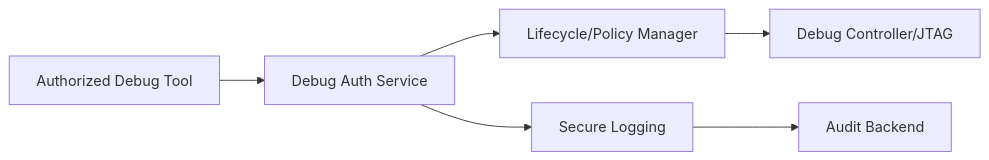
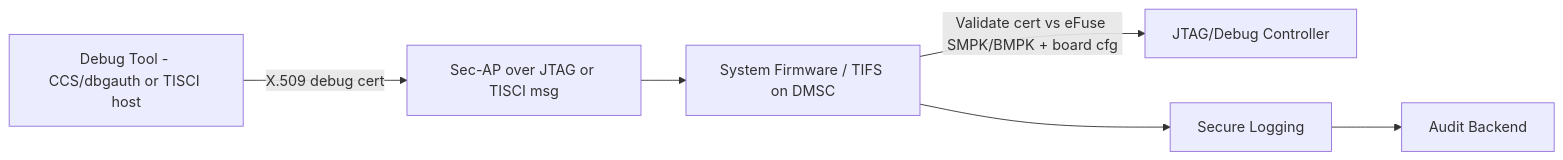
The first of 3 diagrams in TDA4VM_Secure_JTAG_Requirements.md (vinodneelakantam/Sec_Concepts_Req_tracability), drawn with Mermaid before and after one commit. The commit also changed other lines of this file and 7 other files, not shown here.

````diff
--- a/TDA4VM_Secure_JTAG_Requirements.md
+++ b/TDA4VM_Secure_JTAG_Requirements.md
@@ -18,8 +25,8 @@
 ```mermaid
 graph LR
-  Tool[Authorized Debug Tool] --> Auth[Debug Auth Service]
-  Auth --> Policy[Lifecycle/Policy Manager]
-  Policy --> Dbg[Debug Controller/JTAG]
-  Auth --> Log[Secure Logging]
+  Tool[Debug Tool - CCS/dbgauth or TISCI host] -->|X.509 debug cert| SecAP[Sec-AP over JTAG or TISCI msg]
+  SecAP --> SF[System Firmware / TIFS on DMSC]
+  SF -->|Validate cert vs eFuse SMPK/BMPK + board cfg| Dbg[JTAG/Debug Controller]
+  SF --> Log[Secure Logging]
   Log --> Backend[Audit Backend]
 ```
````
